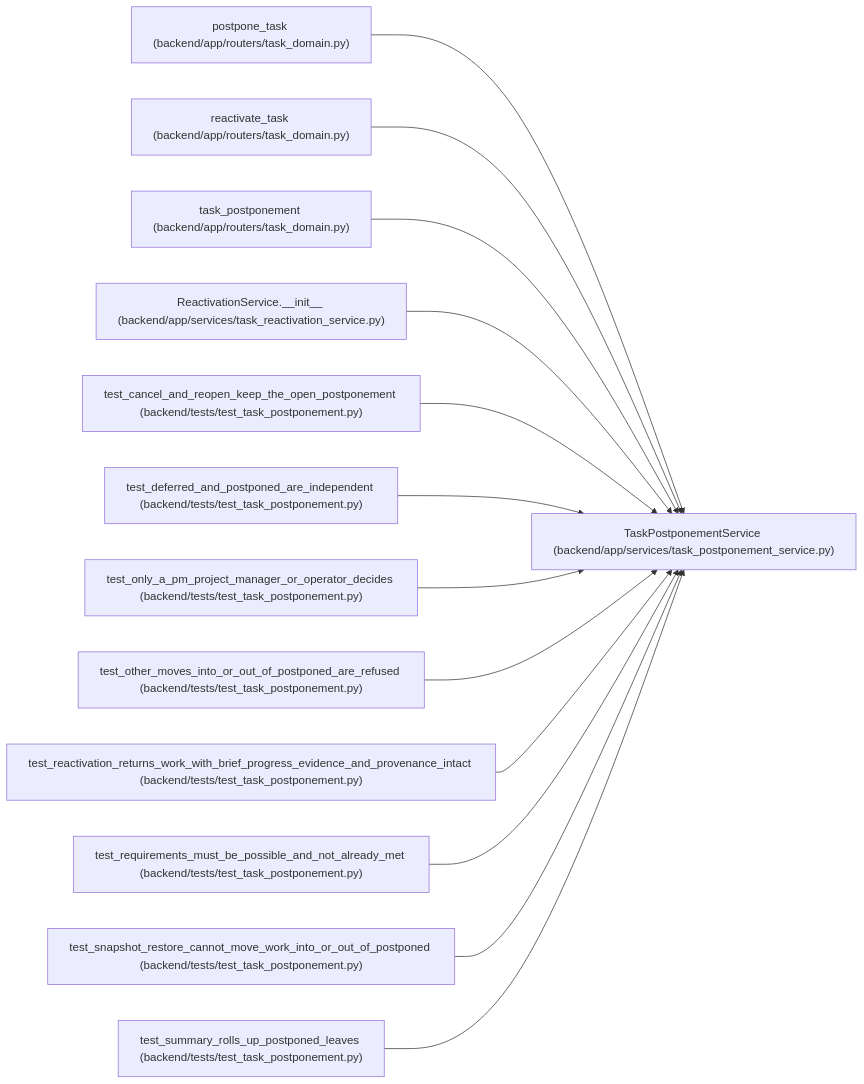
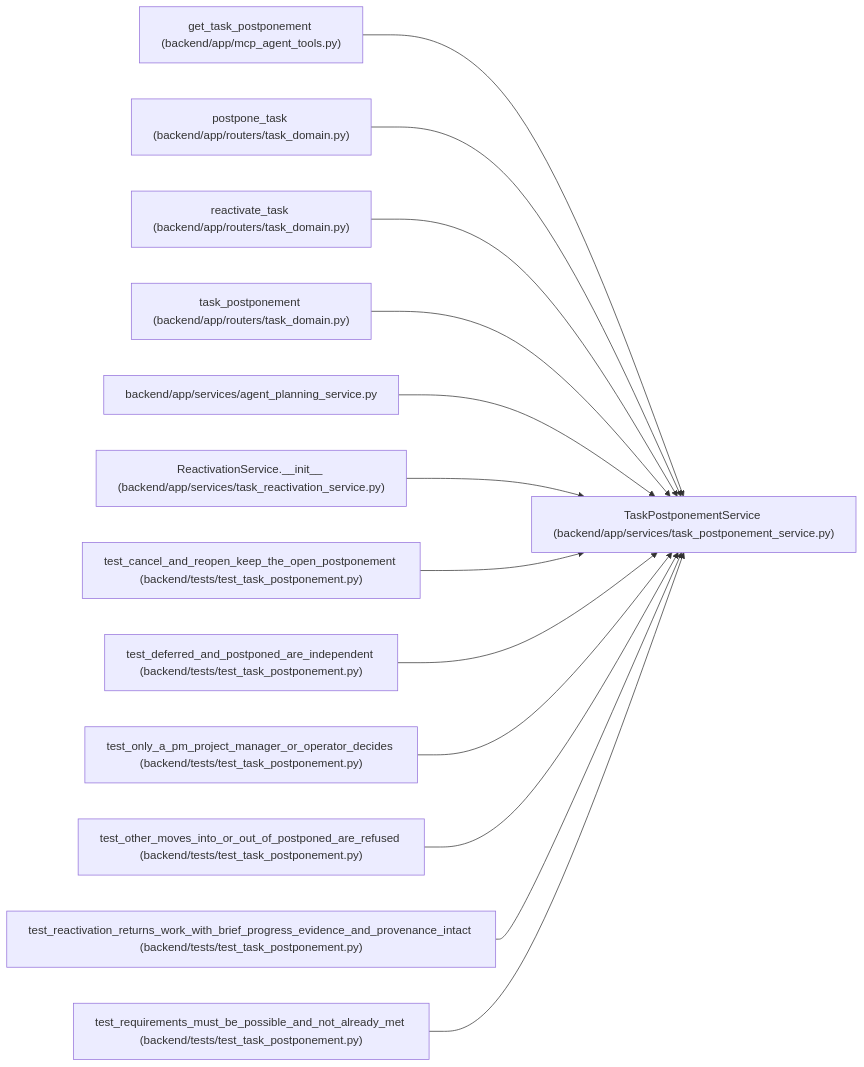
One commit to Denissvgn/WorkChord changed the diagram in docs/llm_wiki/entities/TaskPostponementService.md. Above: the diagram before and after it, drawn with Mermaid. The commit also changed other lines of this file and 674 other files, not shown here.

Commit message:
Sync the architectural wiki for the postponement agent tools

````diff
--- a/docs/llm_wiki/entities/TaskPostponementService.md
+++ b/docs/llm_wiki/entities/TaskPostponementService.md
@@ -34,41 +34,41 @@
 ```mermaid
 flowchart LR
     n0["TaskPostponementService (backend/app/services/task_postponement_service.py)"]
-    n1["postpone_task (backend/app/routers/task_domain.py)"]
-    n2["reactivate_task (backend/app/routers/task_domain.py)"]
-    n3["task_postponement (backend/app/routers/task_domain.py)"]
-    n4["ReactivationService.__init__ (backend/app/services/task_reactivation_service.py)"]
-    n5["test_cancel_and_reopen_keep_the_open_postponement (backend/tests/test_task_postponement.py)"]
-    n6["test_deferred_and_postponed_are_independent (backend/tests/test_task_postponement.py)"]
-    n7["test_only_a_pm_project_manager_or_operator_decides (backend/tests/test_task_postponement.py)"]
-    n8["test_other_moves_into_or_out_of_postponed_are_refused (backend/tests/test_task_postponement.py)"]
-    n9["test_reactivation_returns_work_with_brief_progress_evidence_and_provenance_intact (backend/tests/test_task_postponement.py)"]
-    n10["test_requirements_must_be_possible_and_not_already_met (backend/tests/test_task_postponement.py)"]
-    n11["test_snapshot_restore_cannot_move_work_into_or_out_of_postponed (backend/tests/test_task_postponement.py)"]
-    n12["test_summary_rolls_up_postponed_leaves (backend/tests/test_task_postponement.py)"]
+    n1["get_task_postponement (backend/app/mcp_agent_tools.py)"]
+    n2["postpone_task (backend/app/routers/task_domain.py)"]
+    n3["reactivate_task (backend/app/routers/task_domain.py)"]
+    n4["task_postponement (backend/app/routers/task_domain.py)"]
+    n5["backend/app/services/agent_planning_service.py"]
+    n6["ReactivationService.__init__ (backend/app/services/task_reactivation_service.py)"]
+    n7["test_cancel_and_reopen_keep_the_open_postponement (backend/tests/test_task_postponement.py)"]
+    n8["test_deferred_and_postponed_are_independent (backend/tests/test_task_postponement.py)"]
+    n9["test_only_a_pm_project_manager_or_operator_decides (backend/tests/test_task_postponement.py)"]
+    n10["test_other_moves_into_or_out_of_postponed_are_refused (backend/tests/test_task_postponement.py)"]
+    n11["test_reactivation_returns_work_with_brief_progress_evidence_and_provenance_intact (backend/tests/test_task_postponement.py)"]
+    n12["test_requirements_must_be_possible_and_not_already_met (backend/tests/test_task_postponement.py)"]
     n1 --> n0
     n2 --> n0
     n3 --> n0
     n4 --> n0
     n5 --> n0
     n6 --> n0
     n7 --> n0
     n8 --> n0
     n9 --> n0
     n10 --> n0
     n11 --> n0
     n12 --> n0
     click n0 "../modules/task_postponement_service.md"
-    click n1 "../modules/routers_task_domain.md"
+    click n1 "../modules/mcp_agent_tools.md"
     click n2 "../modules/routers_task_domain.md"
     click n3 "../modules/routers_task_domain.md"
-    click n4 "../modules/task_reactivation_service.md"
-    click n5 "../modules/test_task_postponement.md"
-    click n6 "../modules/test_task_postponement.md"
+    click n4 "../modules/routers_task_domain.md"
+    click n5 "../modules/agent_planning_service.md"
+    click n6 "../modules/task_reactivation_service.md"
     click n7 "../modules/test_task_postponement.md"
     click n8 "../modules/test_task_postponement.md"
     click n9 "../modules/test_task_postponement.md"
     click n10 "../modules/test_task_postponement.md"
     click n11 "../modules/test_task_postponement.md"
     click n12 "../modules/test_task_postponement.md"
 ```
````
